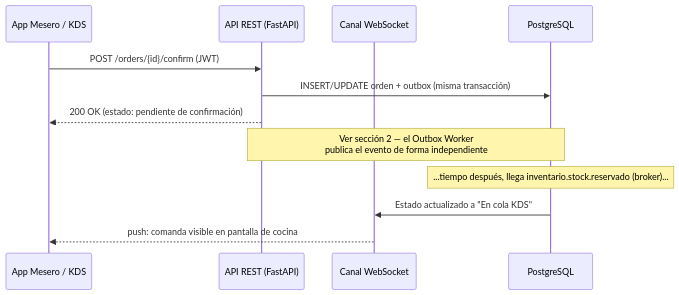
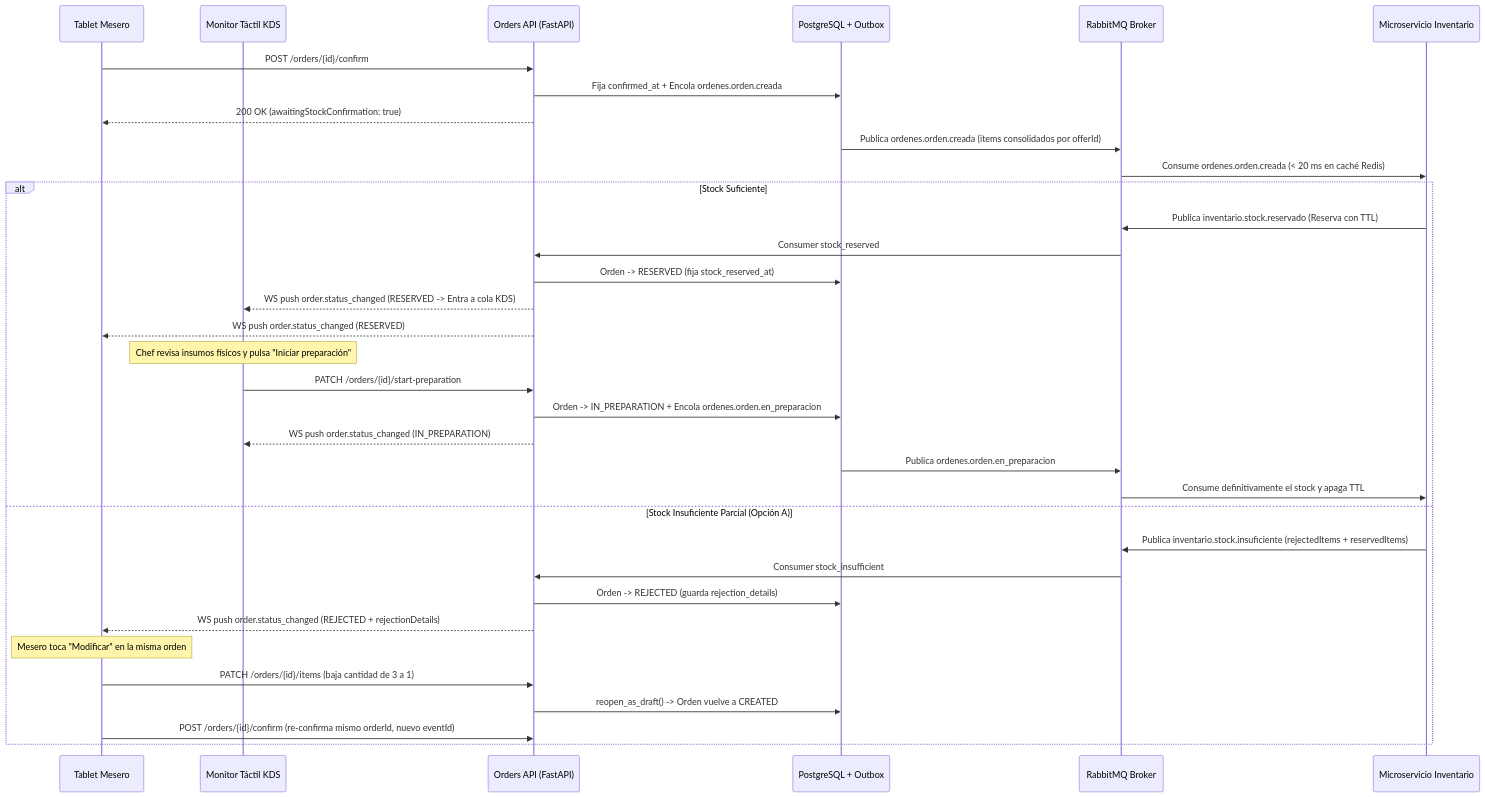
Before and after one commit to FMAT-Restaurant/OrdersKDS-Backend: the second of 3 diagrams in docs/API_COMUNICACIONES.md, drawn with Mermaid. The commit also changed other lines of this file and 41 other files, not shown here.

First line of the commit message:
feat(orders): refactor order lifecycle with RESERVED state, KDS preparation start, and partial stock handling (#115)

````diff
--- a/docs/API_COMUNICACIONES.md
+++ b/docs/API_COMUNICACIONES.md
@@ -94,16 +193,38 @@
 ```mermaid
 sequenceDiagram
-    participant M as App Mesero / KDS
-    participant API as API REST (FastAPI)
-    participant WS as Canal WebSocket
-    participant DB as PostgreSQL
+    participant W as Tablet Mesero
+    participant KDS as Monitor Táctil KDS
+    participant API as Orders API (FastAPI)
+    participant DB as PostgreSQL + Outbox
+    participant RMQ as RabbitMQ Broker
+    participant INV as Microservicio Inventario
 
-    M->>API: POST /orders/{id}/confirm (JWT)
-    API->>DB: INSERT/UPDATE orden + outbox (misma transacción)
-    API-->>M: 200 OK (estado: pendiente de confirmación)
-    Note over API,DB: Ver sección 2 — el Outbox Worker<br/>publica el evento de forma independiente
+    W->>API: POST /orders/{id}/confirm
+    API->>DB: Fija confirmed_at + Encola ordenes.orden.creada
+    API-->>W: 200 OK (awaitingStockConfirmation: true)
+    DB->>RMQ: Publica ordenes.orden.creada (items consolidados por offerId)
+    RMQ->>INV: Consume ordenes.orden.creada (< 20 ms en caché Redis)
 
-    Note over DB: ...tiempo después, llega inventario.stock.reservado (broker)...
-    DB->>WS: Estado actualizado a "En cola KDS"
-    WS-->>M: push: comanda visible en pantalla de cocina
+    alt Stock Suficiente
+        INV->>RMQ: Publica inventario.stock.reservado (Reserva con TTL)
+        RMQ->>API: Consumer stock_reserved
+        API->>DB: Orden -> RESERVED (fija stock_reserved_at)
+        API-->>KDS: WS push order.status_changed (RESERVED -> Entra a cola KDS)
+        API-->>W: WS push order.status_changed (RESERVED)
+        Note over KDS: Chef revisa insumos físicos y pulsa "Iniciar preparación"
+        KDS->>API: PATCH /orders/{id}/start-preparation
+        API->>DB: Orden -> IN_PREPARATION + Encola ordenes.orden.en_preparacion
+        API-->>KDS: WS push order.status_changed (IN_PREPARATION)
+        DB->>RMQ: Publica ordenes.orden.en_preparacion
+        RMQ->>INV: Consume definitivamente el stock y apaga TTL
+    else Stock Insuficiente Parcial (Opción A)
+        INV->>RMQ: Publica inventario.stock.insuficiente (rejectedItems + reservedItems)
+        RMQ->>API: Consumer stock_insufficient
+        API->>DB: Orden -> REJECTED (guarda rejection_details)
+        API-->>W: WS push order.status_changed (REJECTED + rejectionDetails)
+        Note over W: Mesero toca "Modificar" en la misma orden
+        W->>API: PATCH /orders/{id}/items (baja cantidad de 3 a 1)
+        API->>DB: reopen_as_draft() -> Orden vuelve a CREATED
+        W->>API: POST /orders/{id}/confirm (re-confirma mismo orderId, nuevo eventId)
+    end
 ```
````
